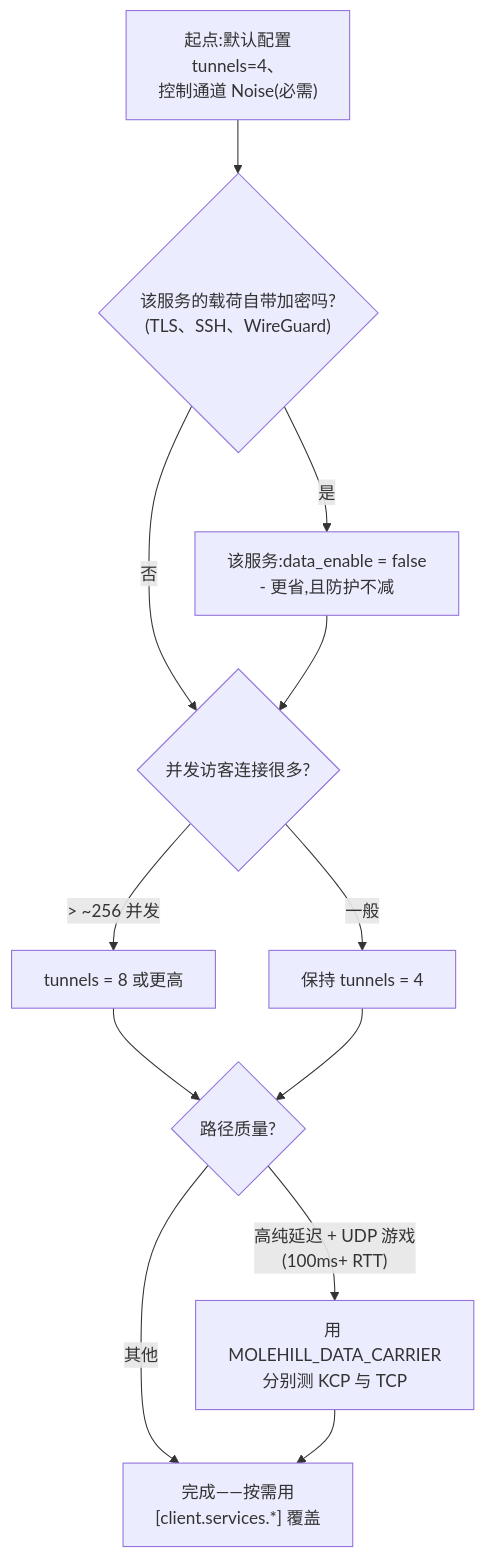
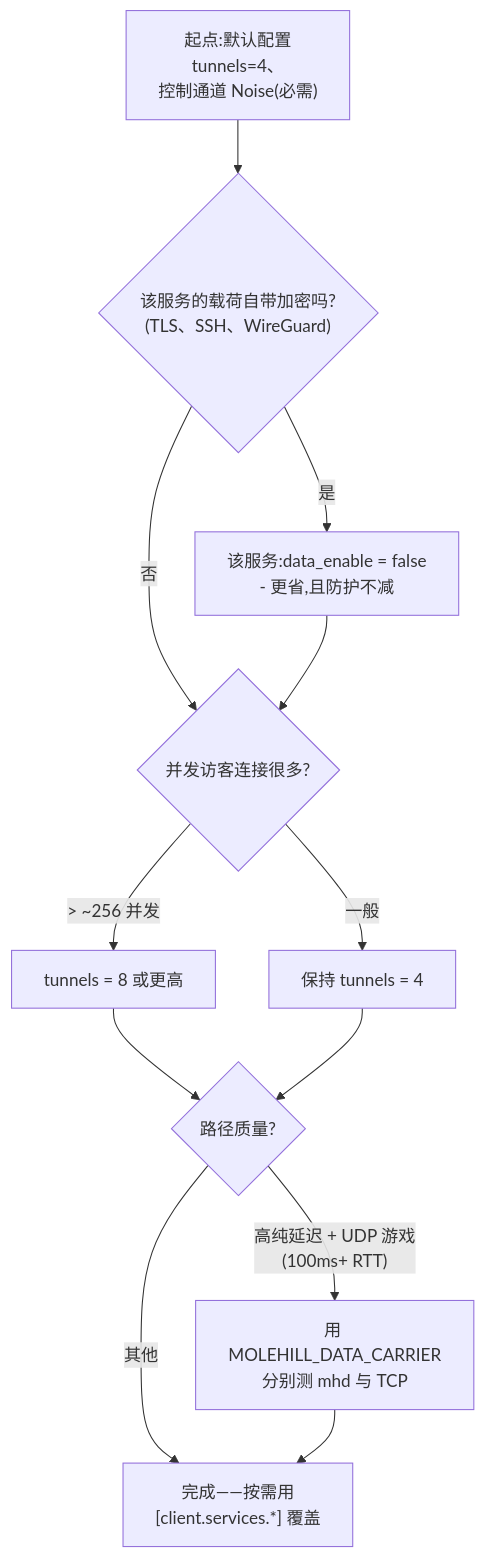
Before and after one commit to NIyueeE/molehill: the diagram in docs/configuration.zh.md, drawn with Mermaid. The commit also changed other lines of this file and 49 other files, not shown here.

````diff
--- a/docs/configuration.zh.md
+++ b/docs/configuration.zh.md
@@ -203,14 +203,14 @@
 ```mermaid
 flowchart TD
     A["起点:默认配置<br/>tunnels=4、<br/>控制通道 Noise(必需)"] --> B{"该服务的载荷自带加密吗?<br/>(TLS、SSH、WireGuard)"}
     B -- 是 --> C["该服务:data_enable = false<br/>- 更省,且防护不减"]
     B -- 否 --> D{"并发访客连接很多?"}
     C --> D
     D -- "> ~256 并发" --> G["tunnels = 8 或更高"]
     D -- 一般 --> H["保持 tunnels = 4"]
     G --> I{"路径质量?"}
     H --> I
-    I -- "高纯延迟 + UDP 游戏<br/>(100ms+ RTT)" --> J["用 MOLEHILL_DATA_CARRIER<br/>分别测 KCP 与 TCP"]
+    I -- "高纯延迟 + UDP 游戏<br/>(100ms+ RTT)" --> J["用 MOLEHILL_DATA_CARRIER<br/>分别测 mhd 与 TCP"]
     I -- 其他 --> Z["完成——按需用<br/>[client.services.*] 覆盖"]
     J --> Z
 ```
````
